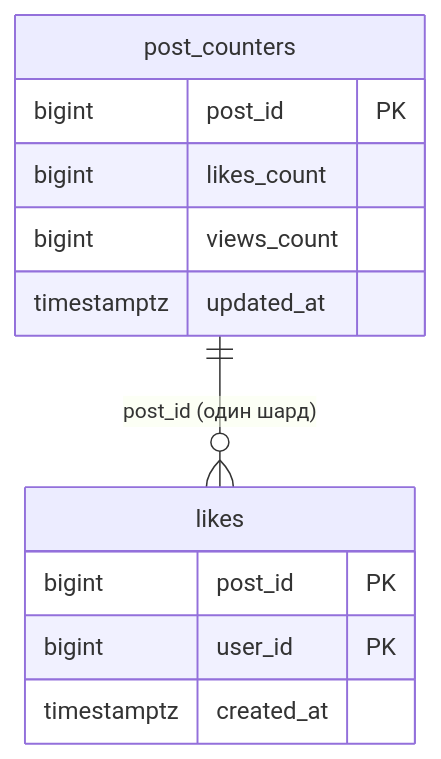
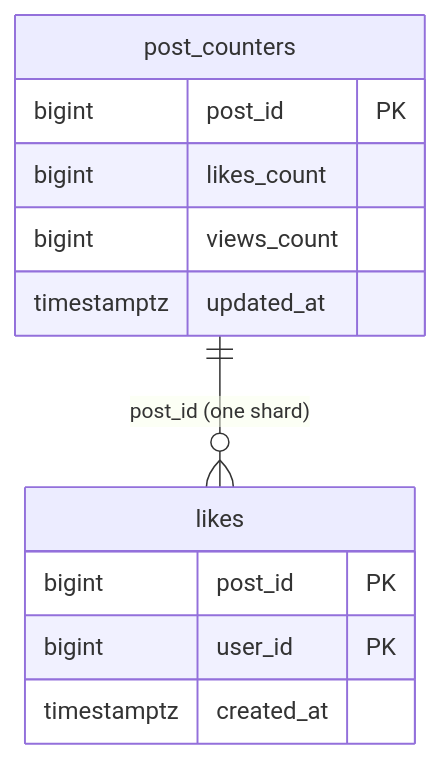
Before and after one commit to elitekbtu/highload-backend: the seventh of 8 diagrams in sis2/README.md, drawn with Mermaid. The commit also changed other lines of this file and 61 other files, not shown here.

````diff
--- a/sis2/README.md
+++ b/sis2/README.md
@@ -231,15 +235,15 @@
 ```mermaid
 erDiagram
     post_counters {
         bigint post_id PK
         bigint likes_count
         bigint views_count
         timestamptz updated_at
     }
     likes {
         bigint post_id PK
         bigint user_id PK
         timestamptz created_at
     }
-    post_counters ||--o{ likes : "post_id (один шард)"
+    post_counters ||--o{ likes : "post_id (one shard)"
 ```
````
